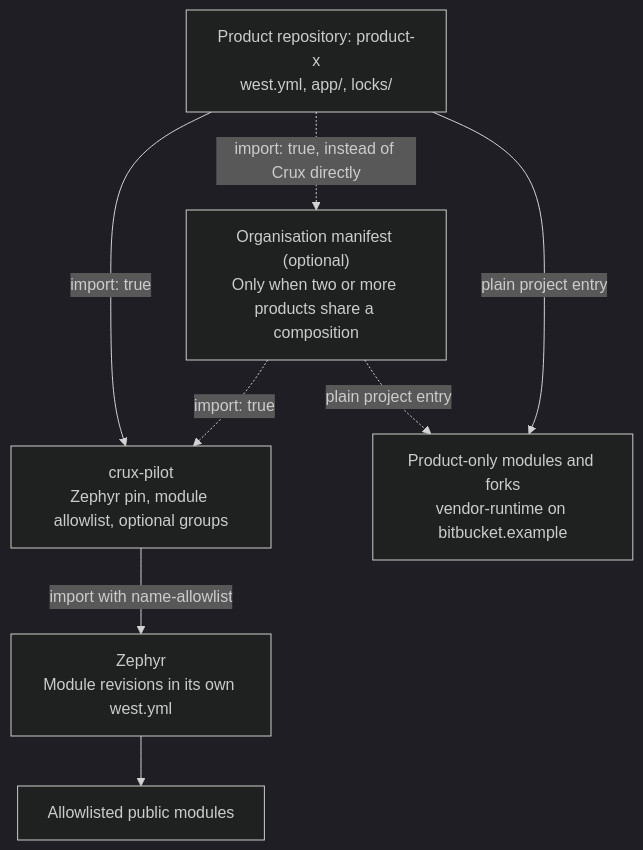
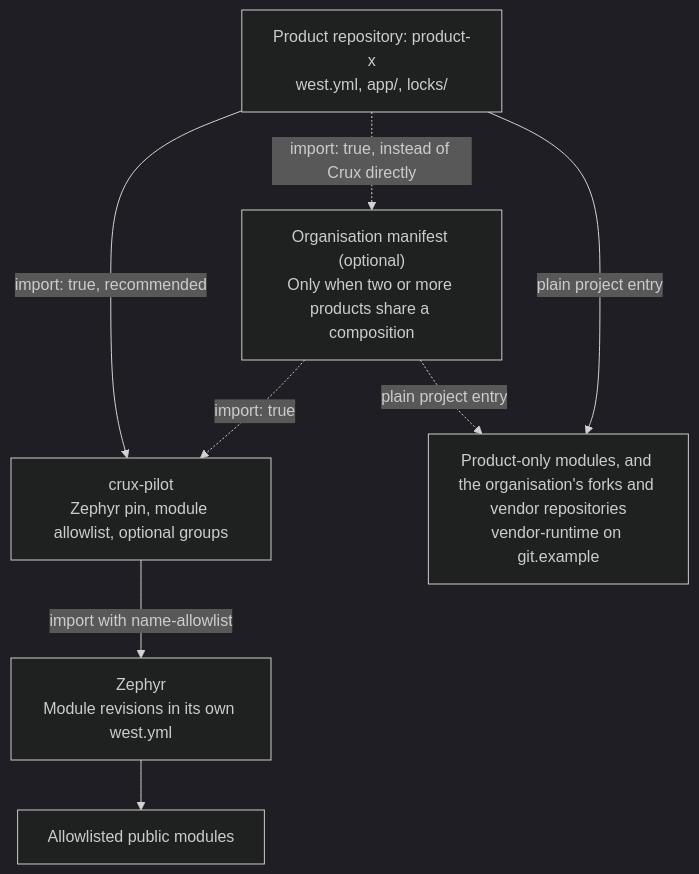
One commit to wonny-labs/crux-pilot changed the first of 4 diagrams in docs/product-composition.md. Above: the diagram before and after it, drawn with Mermaid (dark theme). The commit also changed other lines of this file and 3 other files, not shown here.

````diff
--- a/docs/product-composition.md
+++ b/docs/product-composition.md
@@ -25,16 +25,16 @@
 ```mermaid
 flowchart TB
     P["Product repository: product-x<br/>west.yml, app/, locks/"]
     O["Organisation manifest (optional)<br/>Only when two or more products share a composition"]
     C["crux-pilot<br/>Zephyr pin, module allowlist, optional groups"]
     Z["Zephyr<br/>Module revisions in its own west.yml"]
     M["Allowlisted public modules"]
-    V["Product-only modules and forks<br/>vendor-runtime on bitbucket.example"]
-    P -->|"import: true"| C
+    V["Product-only modules, and the organisation's forks and vendor repositories<br/>vendor-runtime on git.example"]
+    P -->|"import: true, recommended"| C
     P -.->|"import: true, instead of Crux directly"| O
     O -.->|"import: true"| C
     C -->|"import with name-allowlist"| Z
     Z --> M
     P -->|"plain project entry"| V
     O -.->|"plain project entry"| V
 ```
````
